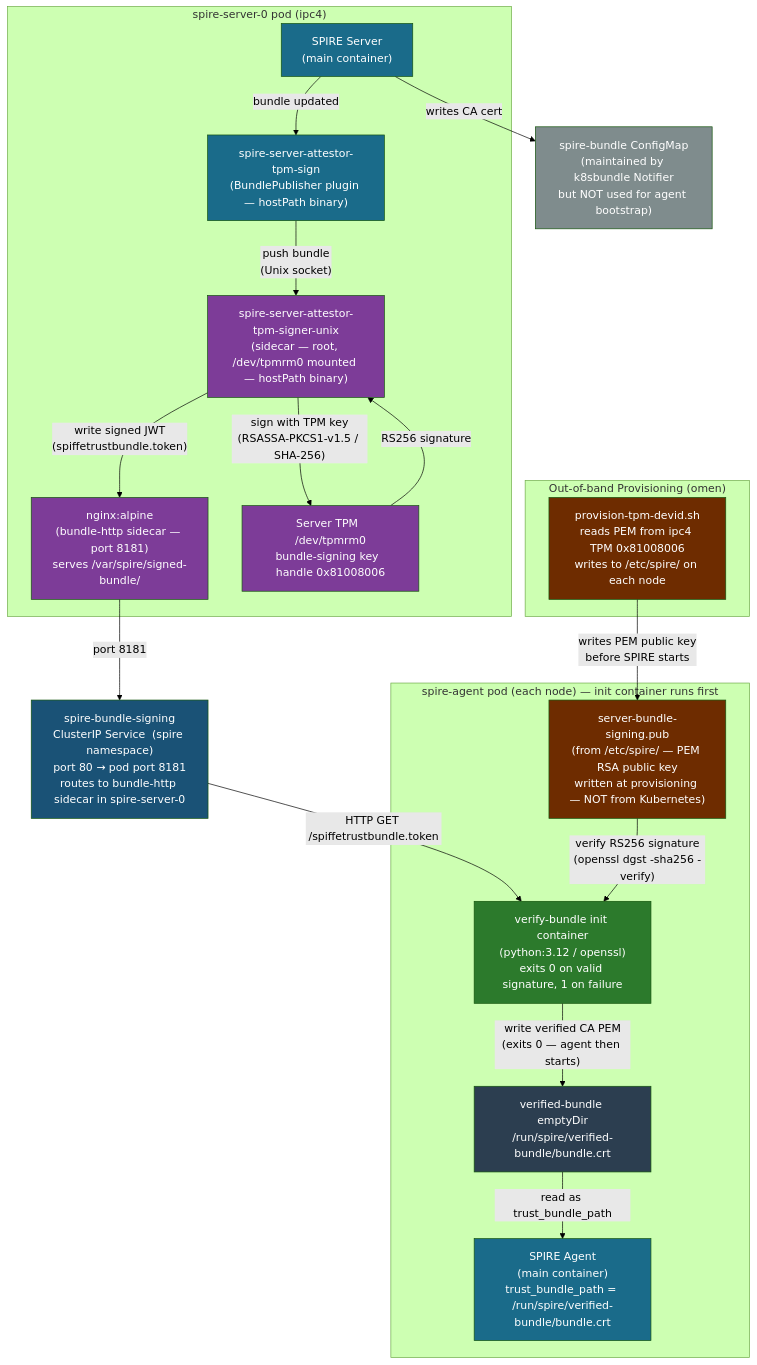
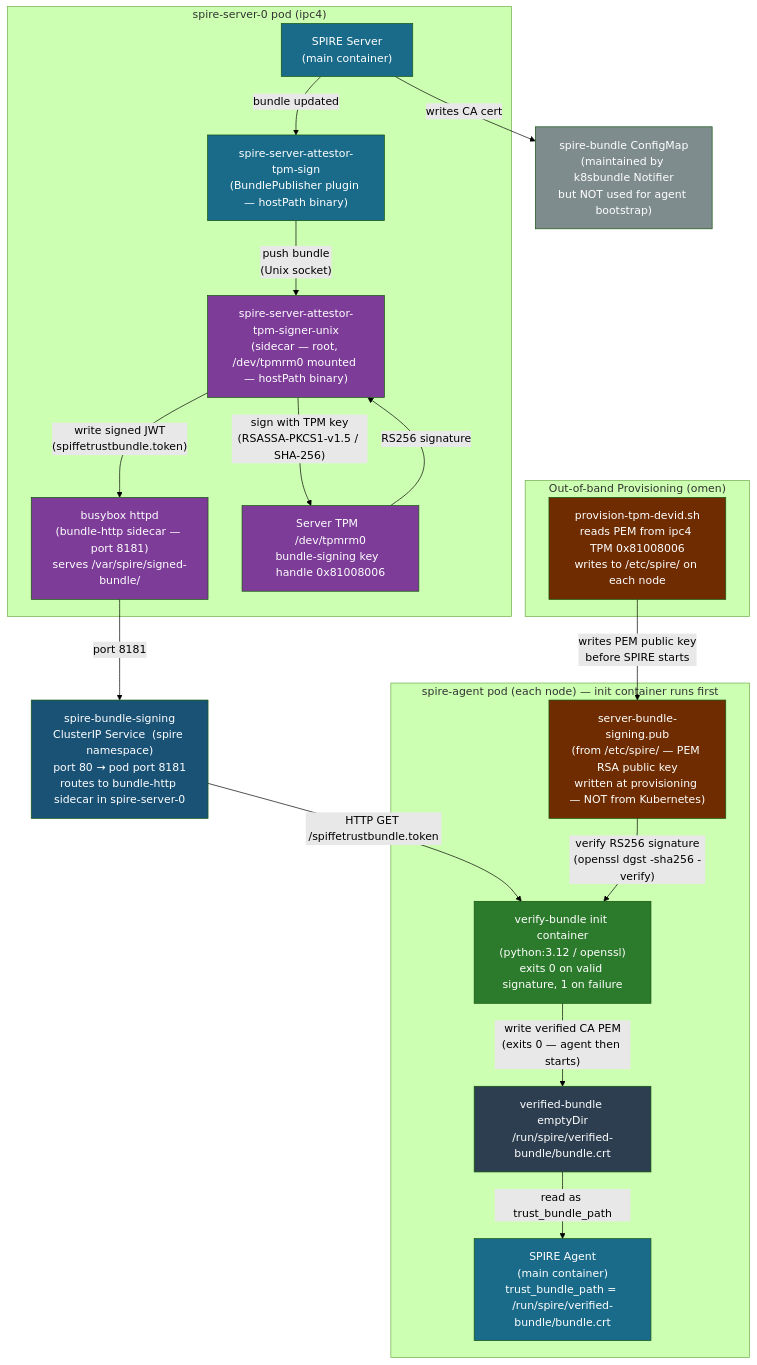
One commit to skeptomai/k3s-experiments changed the diagram in docs/spire-server-bundle-signing.mmd. Above: the diagram before and after it, drawn with Mermaid (forest theme). The commit also changed 5 other files, not shown here.

First line of the commit message:
refactor(spire): replace nginx with busybox httpd for bundle serving

```diff
--- a/docs/spire-server-bundle-signing.mmd
+++ b/docs/spire-server-bundle-signing.mmd
@@ -1,51 +1,51 @@
 flowchart TD
     subgraph server_pod["spire-server-0 pod  (ipc4)"]
         SS["SPIRE Server\n(main container)"]
         SIGN["spire-server-attestor-tpm-sign\n(BundlePublisher plugin — hostPath binary)"]
         SIGNER["spire-server-attestor-tpm-signer-unix\n(sidecar — root, /dev/tpmrm0 mounted — hostPath binary)"]
-        HTTP["nginx:alpine\n(bundle-http sidecar — port 8181)\nserves /var/spire/signed-bundle/"]
+        HTTP["busybox httpd\n(bundle-http sidecar — port 8181)\nserves /var/spire/signed-bundle/"]
         TPM_SERVER["Server TPM  /dev/tpmrm0\nbundle-signing key  handle 0x81008006"]
     end
 
     SVC["spire-bundle-signing\nClusterIP Service  (spire namespace)\nport 80 → pod port 8181\nroutes to bundle-http sidecar in spire-server-0"]
 
     subgraph agent_pod["spire-agent pod  (each node)  — init container runs first"]
         VERIFIER["verify-bundle init container\n(python:3.12 / openssl)\nexits 0 on valid signature, 1 on failure"]
         SA["SPIRE Agent\n(main container)\ntrust_bundle_path = /run/spire/verified-bundle/bundle.crt"]
         SERVER_PUB["server-bundle-signing.pub\n(from /etc/spire/ — PEM RSA public key\nwritten at provisioning — NOT from Kubernetes)"]
         EBUNDLE["verified-bundle emptyDir\n/run/spire/verified-bundle/bundle.crt"]
     end
 
     subgraph provisioning["Out-of-band Provisioning  (omen)"]
         PROV["provision-tpm-devid.sh\nreads PEM from ipc4 TPM 0x81008006\nwrites to /etc/spire/ on each node"]
     end
 
     BUNDLE_CM["spire-bundle ConfigMap\n(maintained by k8sbundle Notifier\nbut NOT used for agent bootstrap)"]
 
     SS -->|"bundle updated"| SIGN
     SIGN -->|"push bundle\n(Unix socket)"| SIGNER
     SIGNER -->|"sign with TPM key\n(RSASSA-PKCS1-v1.5 / SHA-256)"| TPM_SERVER
     TPM_SERVER -->|"RS256 signature"| SIGNER
     SIGNER -->|"write signed JWT\n(spiffetrustbundle.token)"| HTTP
     HTTP -->|"port 8181"| SVC
 
     SVC -->|"HTTP GET /spiffetrustbundle.token"| VERIFIER
     SERVER_PUB -->|"verify RS256 signature\n(openssl dgst -sha256 -verify)"| VERIFIER
     VERIFIER -->|"write verified CA PEM\n(exits 0 — agent then starts)"| EBUNDLE
     EBUNDLE -->|"read as trust_bundle_path"| SA
 
     PROV -->|"writes PEM public key\nbefore SPIRE starts"| SERVER_PUB
     SS -->|"writes CA cert"| BUNDLE_CM
 
     style SS fill:#1a6b8a,color:#fff
     style SIGN fill:#1a6b8a,color:#fff
     style SIGNER fill:#7d3c98,color:#fff
     style HTTP fill:#7d3c98,color:#fff
     style TPM_SERVER fill:#7d3c98,color:#fff
     style SVC fill:#1a5276,color:#fff
     style VERIFIER fill:#2c7a2c,color:#fff
     style SA fill:#1a6b8a,color:#fff
     style SERVER_PUB fill:#6e2c00,color:#fff
     style EBUNDLE fill:#2c3e50,color:#fff
     style PROV fill:#6e2c00,color:#fff
     style BUNDLE_CM fill:#7f8c8d,color:#fff
```
